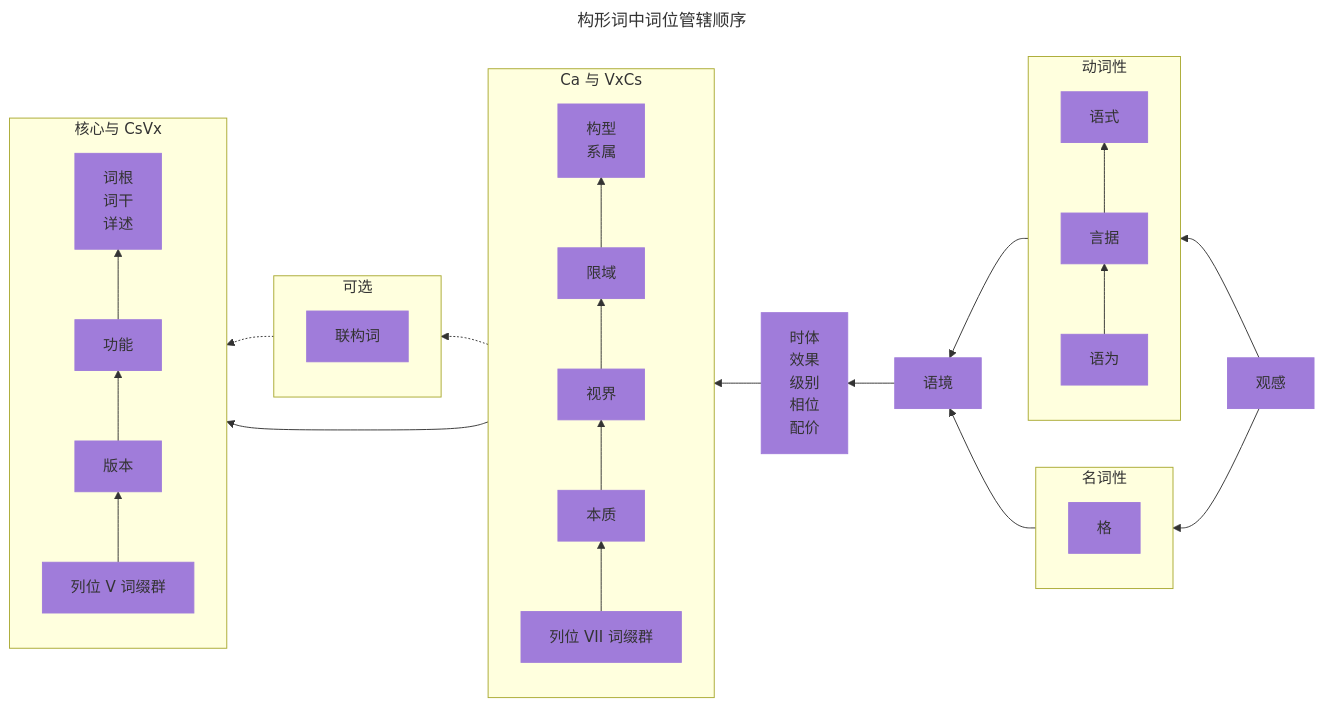
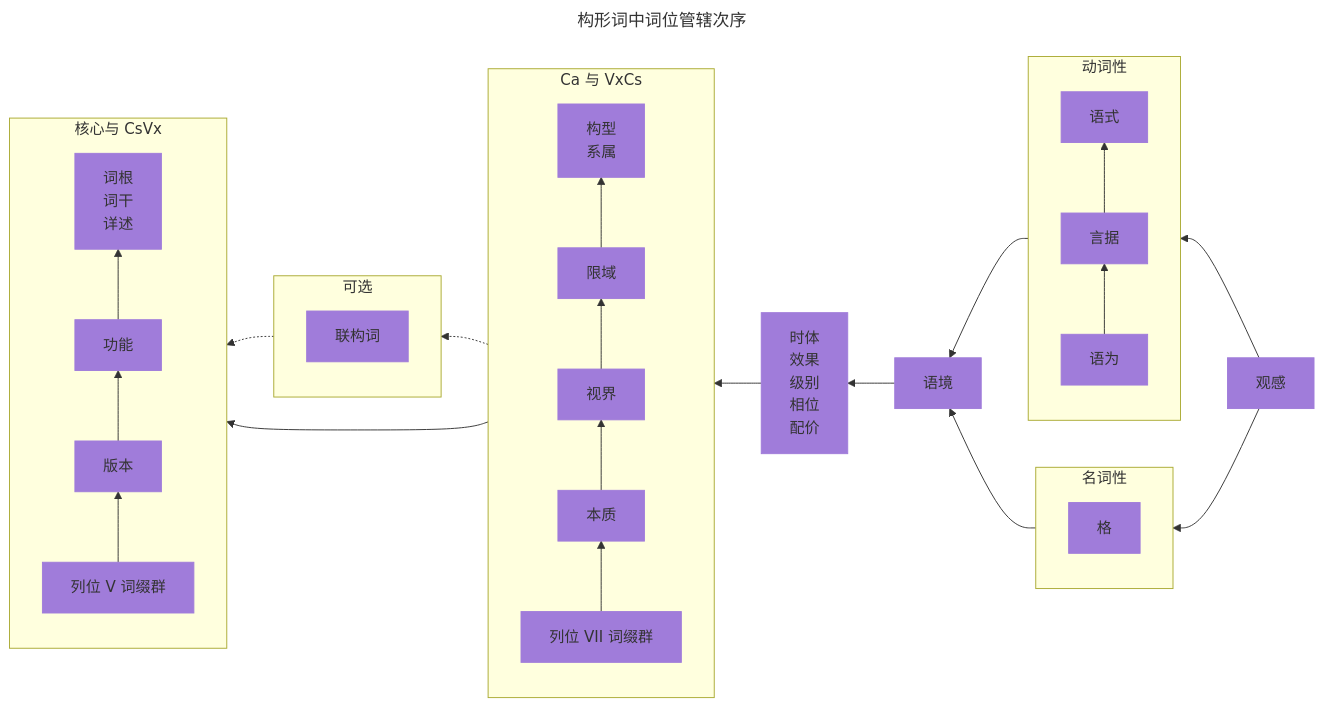
Before and after one commit to yuorb/yuorb.github.io: the diagram in src/docs/02.md, drawn with Mermaid. The commit also changed other lines of this file and 10 other files, not shown here.

````diff
--- a/src/docs/02.md
+++ b/src/docs/02.md
@@ -197,52 +197,52 @@
 ```mermaid
 ---
-title: 构形词中词位管辖顺序
+title: 构形词中词位管辖次序
 ---
 flowchart RL
     subgraph CORE [核心与 CsVx]
     direction BT
     a["词根
     词干
     详述"]
     b[功能]
     c[版本]
     d[列位 V 词缀群]
     d-->c-->b-->a
     end
     subgraph opt [可选]
     e[联构词]
     end
     subgraph Ca [Ca 与 VxCs]
     direction BT
     f["构型
     系属"]
     g[限域]
     h[视界]
     i[本质]
     j[列位 VII 词缀群]
     j-->i-->h-->g-->f
     end
     k["时体
     效果
     级别
     相位
     配价"]
     l[语境]
     l-->k-->Ca-.->opt-.->CORE
     Ca-->CORE
     subgraph verb [动词性]
     direction BT
     p[语为]-->o[言据]-->n[语式]
     end
     subgraph noun [名词性]
     direction BT
     m[格]
     end
     verb-->l
     noun-->l
     q[观感]
     q-->verb
     q-->noun
     class a,b,c,d,e,f,g,h,i,j,k,l,m,n,o,p,q styl;
     classDef styl fill:#a07cda,stroke:#a07cda
 ```
````
